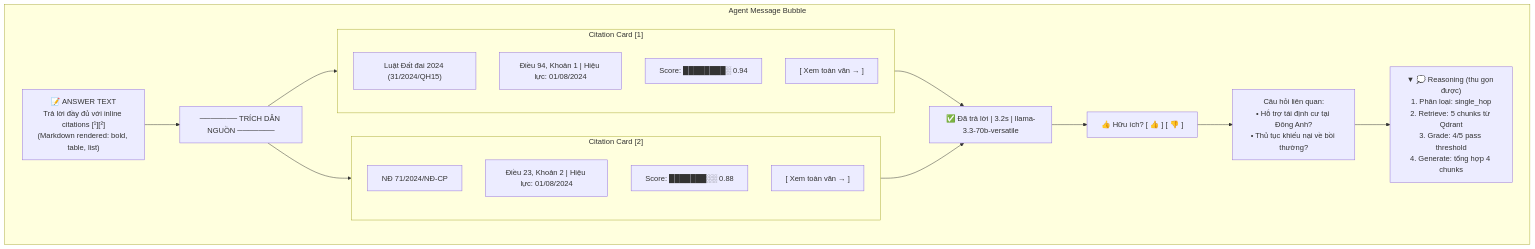
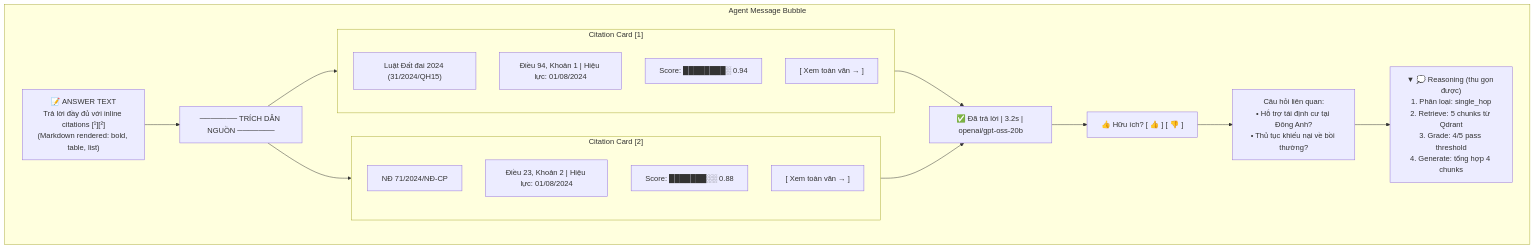
Before and after one commit to dovh25/agentic-rag-legal-qa-hanoi: the tenth of 16 diagrams in docs/Wireframe_UI_Flow.md, drawn with Mermaid. The commit also changed 70 other files, not shown here.

First line of the commit message:
feat: migrate LLM from Llama to GPT-OSS-20b via Groq + update frontend to Tailwind v3 + documentation updates

````diff
--- a/docs/Wireframe_UI_Flow.md
+++ b/docs/Wireframe_UI_Flow.md
@@ -239,25 +239,25 @@
 ```mermaid
 graph TB
     subgraph AGENT_MSG["Agent Message Bubble"]
         ANSWER_TEXT["📝 ANSWER TEXT\nTrả lời đầy đủ với inline citations [¹][²]\n(Markdown rendered: bold, table, list)"]
         DIVIDER["─────── TRÍCH DẪN NGUỒN ───────"]
         subgraph CIT1["Citation Card [1]"]
             C1H["Luật Đất đai 2024 (31/2024/QH15)"]
             C1D["Điều 94, Khoản 1 | Hiệu lực: 01/08/2024"]
             C1S["Score: ████████░ 0.94"]
             C1L["[ Xem toàn văn → ]"]
         end
         subgraph CIT2["Citation Card [2]"]
             C2H["NĐ 71/2024/NĐ-CP"]
             C2D["Điều 23, Khoản 2 | Hiệu lực: 01/08/2024"]
             C2S["Score: ███████░░ 0.88"]
             C2L["[ Xem toàn văn → ]"]
         end
-        STATUS["✅ Đã trả lời | 3.2s | llama-3.3-70b-versatile"]
+        STATUS["✅ Đã trả lời | 3.2s | openai/gpt-oss-20b"]
         FEEDBACK["👍 Hữu ích? [ 👍 ] [ 👎 ]"]
         RELATED["Câu hỏi liên quan:\n• Hỗ trợ tái định cư tại Đông Anh?\n• Thủ tục khiếu nại về bồi thường?"]
         REASONING["▼ 💭 Reasoning (thu gọn được)\n1. Phân loại: single_hop\n2. Retrieve: 5 chunks từ Qdrant\n3. Grade: 4/5 pass threshold\n4. Generate: tổng hợp 4 chunks"]
     end
 
     ANSWER_TEXT --> DIVIDER --> CIT1 & CIT2 --> STATUS --> FEEDBACK --> RELATED --> REASONING
 ```
````
